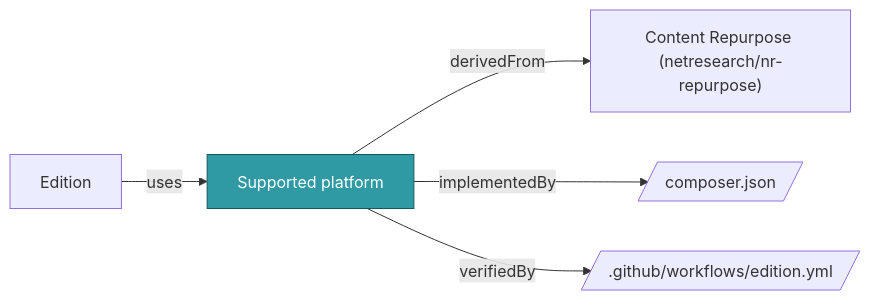
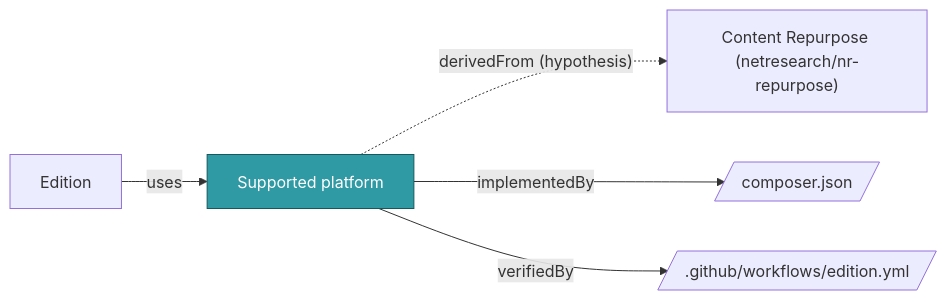
Before and after one commit to netresearch/typo3-ai-edition: the diagram in docs/ontology/concepts/supported-platform.md, drawn with Mermaid. The commit also changed other lines of this file and 13 other files, not shown here.

````diff
--- a/docs/ontology/concepts/supported-platform.md
+++ b/docs/ontology/concepts/supported-platform.md
@@ -19,14 +19,14 @@
 ```mermaid
 flowchart LR
   c["Supported platform"]
   n1["Content Repurpose (netresearch/nr-repurpose)"]
   n2[/"composer.json"/]
   n3[/".github/workflows/edition.yml"/]
   n4["Edition"]
-  c -->|"derivedFrom"| n1
+  c -.->|"derivedFrom (hypothesis)"| n1
   c -->|"implementedBy"| n2
   c -->|"verifiedBy"| n3
   n4 -->|"uses"| c
   classDef focus fill:#2F99A4,stroke:#15585E,color:#ffffff
   class c focus
 ```
````
